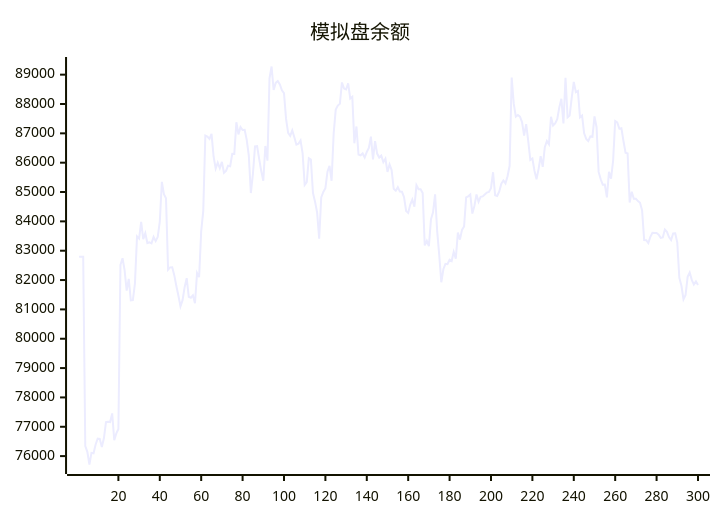
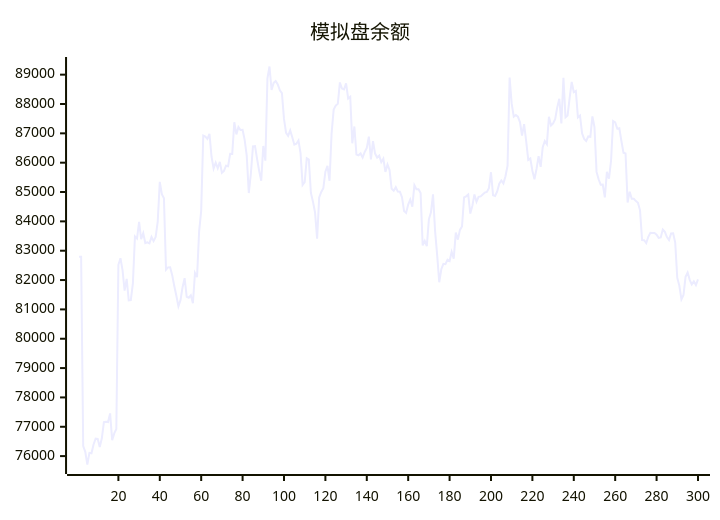
The diagram in README.md (aahl/ai-trading), drawn with Mermaid before and after one commit. The commit also changed other lines of this file and 1 other file, not shown here.

````diff
--- a/README.md
+++ b/README.md
@@ -5,5 +5,5 @@
 ```mermaid
 xychart
     title "模拟盘余额"
-    line [82791,82793,82794,76339,76145,75714,76110,76096,76397,76594,76585,76310,76607,77160,77170,77160,77456,76541,76774,76927,82520,82744,82337,81639,82040,81307,81314,81887,83490,83414,83984,83396,83594,83261,83287,83253,83470,83327,83465,83987,85348,84930,84786,82355,82433,82438,82167,81795,81466,81105,81315,81756,82064,81426,81398,81481,81210,82242,82099,83658,84359,86925,86892,86814,86980,86203,85802,86003,85811,86028,85657,85721,85896,85880,86300,86299,87378,86965,87214,87115,87118,86780,86238,84966,85623,86555,86562,86129,85722,85387,86569,86070,88870,89278,88477,88720,88781,88668,88467,88372,87493,87018,86917,87102,86870,86613,86644,86758,86317,85242,85334,86149,86106,84968,84671,84302,83410,84816,85001,85127,85693,85891,85384,87001,87811,87945,88007,88734,88528,88495,88705,88189,88248,86662,87234,86279,86251,86314,86177,86364,86503,86886,86114,86731,86310,86176,86240,86017,86136,85685,85938,85749,85111,85044,85164,85016,85008,84824,84354,84287,84572,84745,84500,85234,85096,85095,84970,83180,83338,83157,84070,84309,84922,83667,82850,81924,82369,82552,82539,82695,82648,82962,82728,83619,83378,83710,83825,84819,84854,84917,84265,84527,84919,84668,84834,84850,84916,84981,85004,85131,85674,84891,84864,85019,85284,85393,85294,85538,85894,88904,88012,87567,87625,87568,87386,86920,87313,86737,86094,86143,85725,85437,85787,86219,85859,86526,86740,86630,87563,87264,87335,87483,87886,88180,87335,88894,87544,87608,88207,88755,88401,88444,87543,87608,87000,86810,86740,86894,86884,87576,87209,85686,85435,85251,85255,84820,85689,85453,86066,87420,87373,87161,87178,86740,86341,86315,84643,85012,84772,84768,84690,84635,84376,83360,83357,83259,83474,83608,83606,83602,83548,83440,83454,83724,83644,83464,83365,83590,83592,83275,82072,81806,81344,81492,82109,82254,82006,81848,81955,81829]
+    line [82793,82794,76339,76145,75714,76110,76096,76397,76594,76585,76310,76607,77160,77170,77160,77456,76541,76774,76927,82520,82744,82337,81639,82040,81307,81314,81887,83490,83414,83984,83396,83594,83261,83287,83253,83470,83327,83465,83987,85348,84930,84786,82355,82433,82438,82167,81795,81466,81105,81315,81756,82064,81426,81398,81481,81210,82242,82099,83658,84359,86925,86892,86814,86980,86203,85802,86003,85811,86028,85657,85721,85896,85880,86300,86299,87378,86965,87214,87115,87118,86780,86238,84966,85623,86555,86562,86129,85722,85387,86569,86070,88870,89278,88477,88720,88781,88668,88467,88372,87493,87018,86917,87102,86870,86613,86644,86758,86317,85242,85334,86149,86106,84968,84671,84302,83410,84816,85001,85127,85693,85891,85384,87001,87811,87945,88007,88734,88528,88495,88705,88189,88248,86662,87234,86279,86251,86314,86177,86364,86503,86886,86114,86731,86310,86176,86240,86017,86136,85685,85938,85749,85111,85044,85164,85016,85008,84824,84354,84287,84572,84745,84500,85234,85096,85095,84970,83180,83338,83157,84070,84309,84922,83667,82850,81924,82369,82552,82539,82695,82648,82962,82728,83619,83378,83710,83825,84819,84854,84917,84265,84527,84919,84668,84834,84850,84916,84981,85004,85131,85674,84891,84864,85019,85284,85393,85294,85538,85894,88904,88012,87567,87625,87568,87386,86920,87313,86737,86094,86143,85725,85437,85787,86219,85859,86526,86740,86630,87563,87264,87335,87483,87886,88180,87335,88894,87544,87608,88207,88755,88401,88444,87543,87608,87000,86810,86740,86894,86884,87576,87209,85686,85435,85251,85255,84820,85689,85453,86066,87420,87373,87161,87178,86740,86341,86315,84643,85012,84772,84768,84690,84635,84376,83360,83357,83259,83474,83608,83606,83602,83548,83440,83454,83724,83644,83464,83365,83590,83592,83275,82072,81806,81344,81492,82109,82254,82006,81848,81955,81829,82022]
 ```
````
